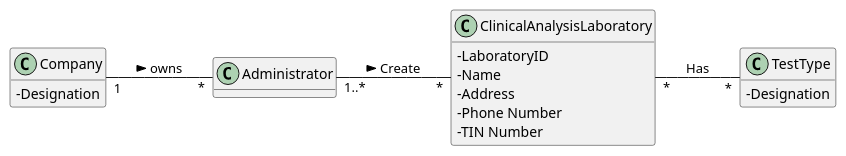
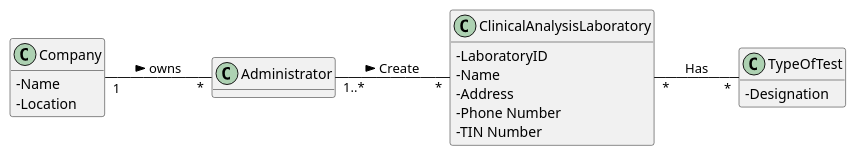
Before and after one commit to GuilhermeCunha79/lapr2: the diagram in docs/SprintB/US8/UC8_MD.puml, drawn with PlantUML. The commit also changed 12 other files, not shown here.

```diff
--- a/docs/SprintB/US8/UC8_MD.puml
+++ b/docs/SprintB/US8/UC8_MD.puml
@@ -1,33 +1,34 @@
 @startuml
 hide methods
 left to right direction
 skinparam classAttributeIconSize 0
 
 
 class Company {
-  -Designation
+  -Name
+  -Location
 }
 
 class Administrator {
 
 }
 
 class ClinicalAnalysisLaboratory {
   -LaboratoryID
   -Name
   -Address
   -Phone Number
   -TIN Number
 }
 
-class TestType {
+class TypeOfTest {
   -Designation
 }
 
 
 Company "1" -- "*" Administrator : owns >
 Administrator"1..*" -- "*" ClinicalAnalysisLaboratory : Create >
-ClinicalAnalysisLaboratory"*" -- "*" TestType : Has
+ClinicalAnalysisLaboratory"*" -- "*" TypeOfTest : Has
 
 
 @enduml
```
